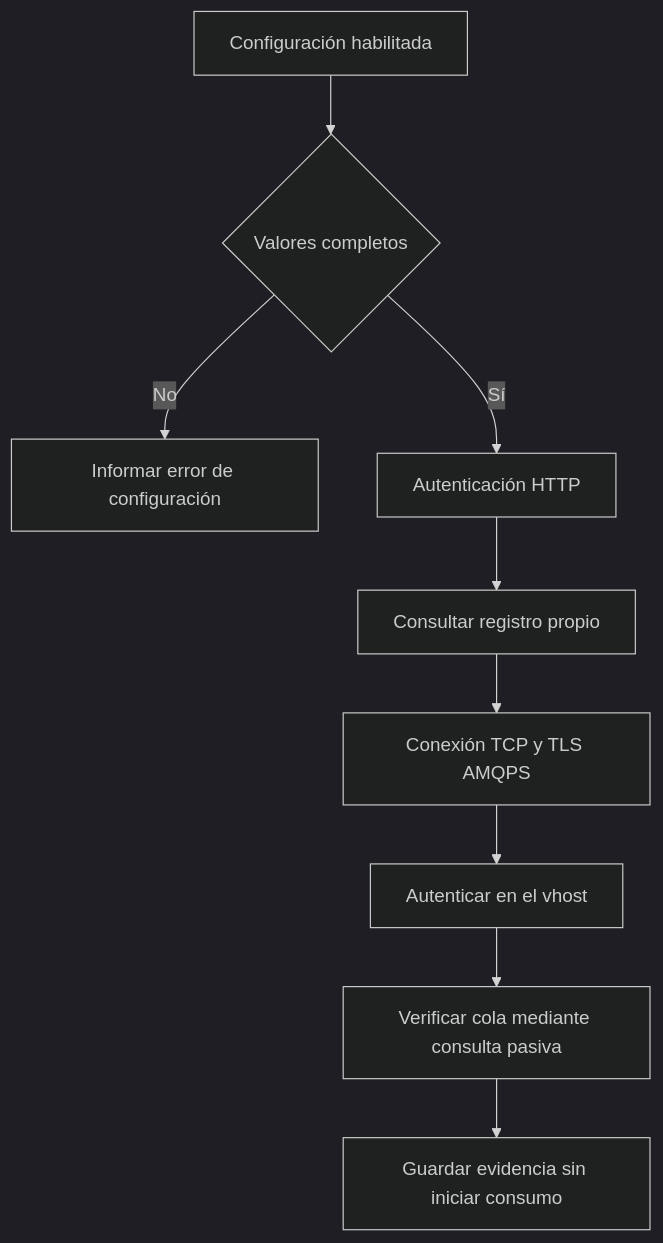
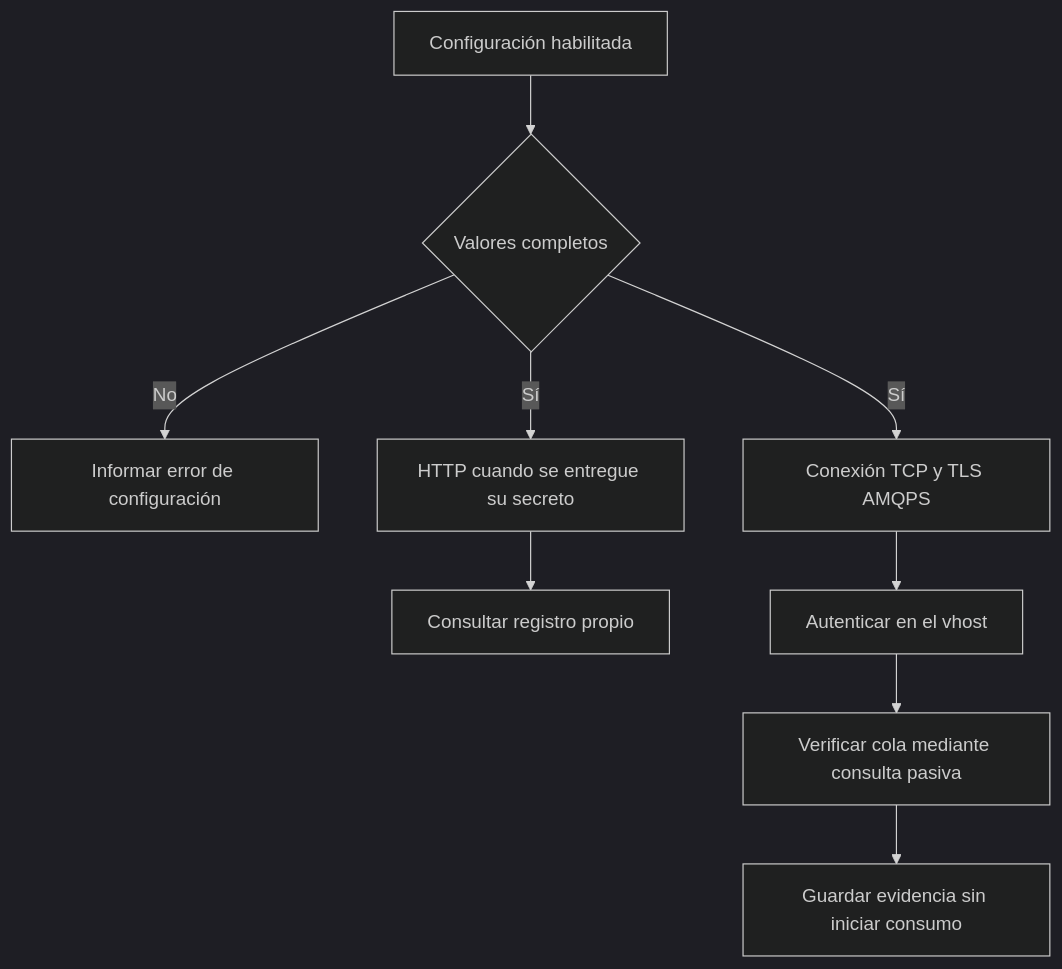
Before and after one commit to DDA2-UADE-2026/uade-DDA2-monorepo: the diagram in server/docs/roadmaps/01-core-accesos-y-conexion.md, drawn with Mermaid (dark theme). The commit also changed other lines of this file and 25 other files, not shown here.

````diff
--- a/server/docs/roadmaps/01-core-accesos-y-conexion.md
+++ b/server/docs/roadmaps/01-core-accesos-y-conexion.md
@@ -107,11 +119,11 @@
 ```mermaid
 flowchart TD
     A[Configuración habilitada] --> B{Valores completos}
     B -->|No| C[Informar error de configuración]
-    B -->|Sí| D[Autenticación HTTP]
+    B -->|Sí| D[HTTP cuando se entregue su secreto]
     D --> E[Consultar registro propio]
-    E --> F[Conexión TCP y TLS AMQPS]
+    B -->|Sí| F[Conexión TCP y TLS AMQPS]
     F --> G[Autenticar en el vhost]
     G --> H[Verificar cola mediante consulta pasiva]
     H --> I[Guardar evidencia sin iniciar consumo]
 ```
````
